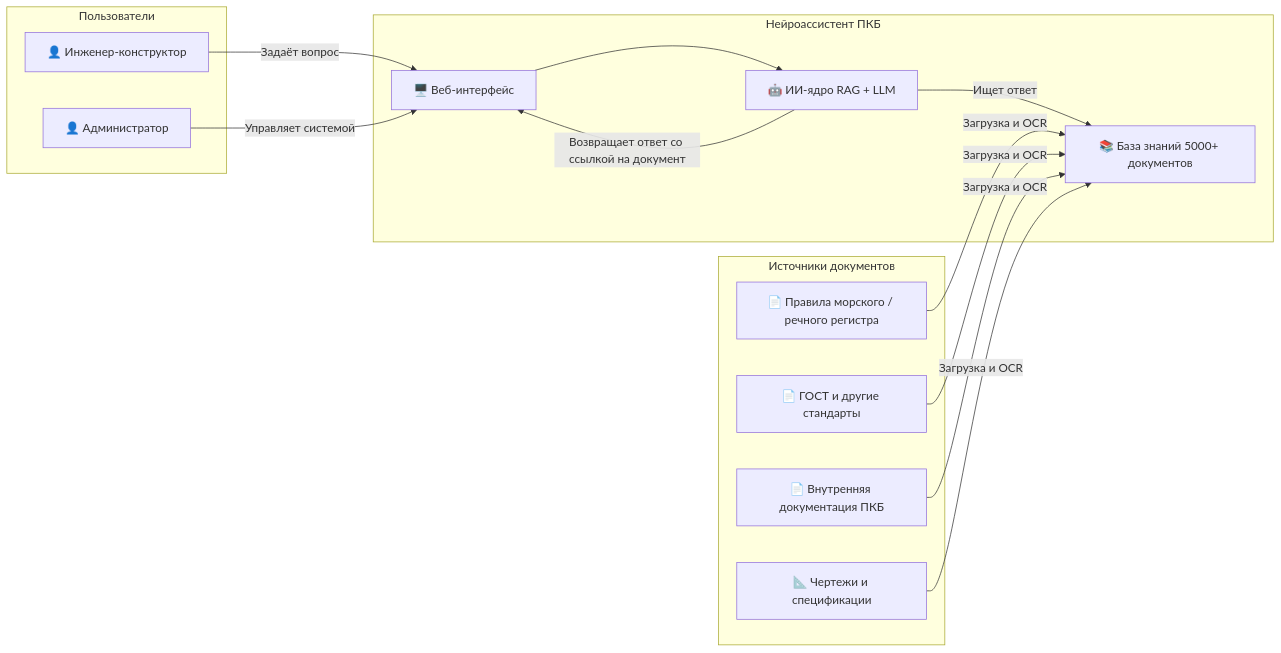
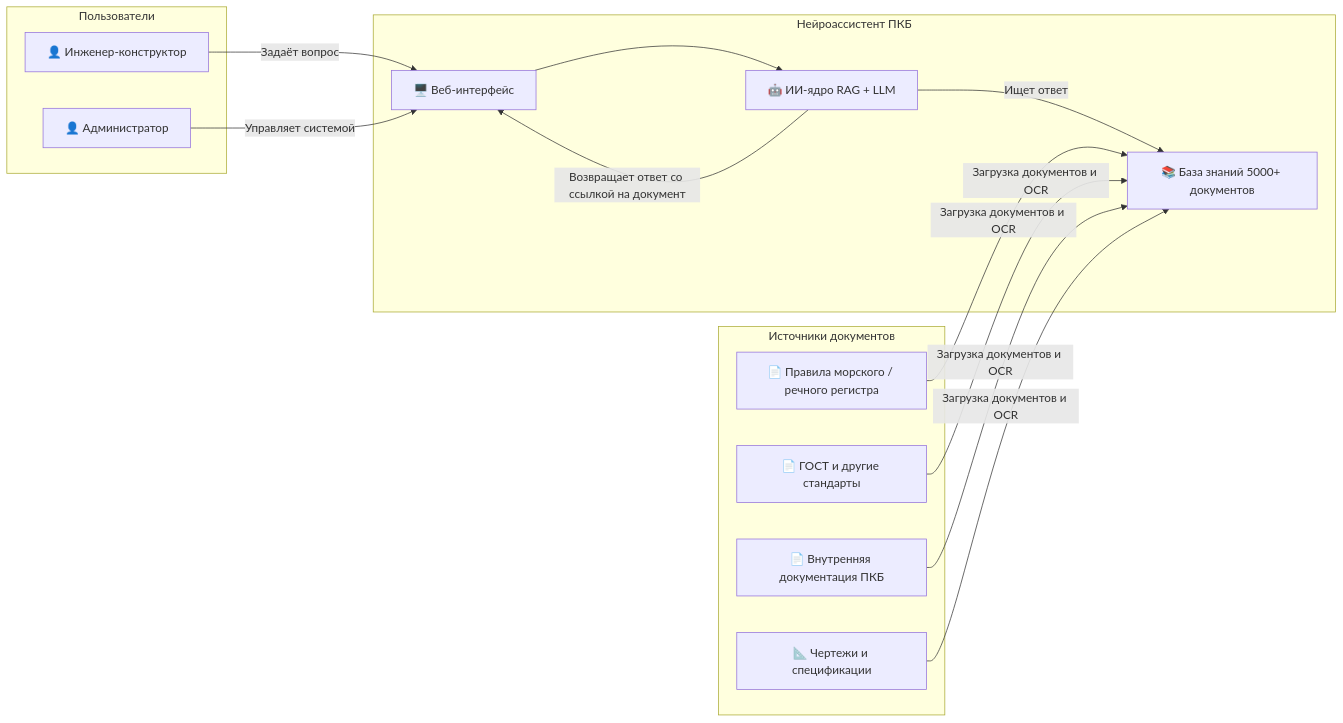
Before and after one commit to MasterKSAF/PKB: the diagram in Fakhrutdinov_Roman/OVERVIEW.md, drawn with Mermaid.

````diff
--- a/Fakhrutdinov_Roman/OVERVIEW.md
+++ b/Fakhrutdinov_Roman/OVERVIEW.md
@@ -3,27 +3,27 @@
 ```mermaid
 graph LR
     subgraph Пользователи
         U1[👤 Инженер-конструктор]
         U2[👤 Администратор]
     end
 
     subgraph Система["Нейроассистент ПКБ"]
         WEB[🖥️ Веб-интерфейс]
         AI[🤖 ИИ-ядро RAG + LLM]
         DOCS[📚 База знаний 5000+ документов]
     end
 
     subgraph Источники["Источники документов"]
         S1[📄 Правила морского / речного регистра]
         S2[📄 ГОСТ и другие стандарты]
         S3[📄 Внутренняя документация ПКБ]
         S4[📐 Чертежи и спецификации]
     end
 
     U1 -- Задаёт вопрос --> WEB
     U2 -- Управляет системой --> WEB
     WEB --> AI
     AI -- Ищет ответ --> DOCS
     AI -- Возвращает ответ со ссылкой на документ --> WEB
-    S1 & S2 & S3 & S4 -- Загрузка и OCR --> DOCS
+    S1 & S2 & S3 & S4 -- Загрузка документов и OCR --> DOCS
 ```
````
